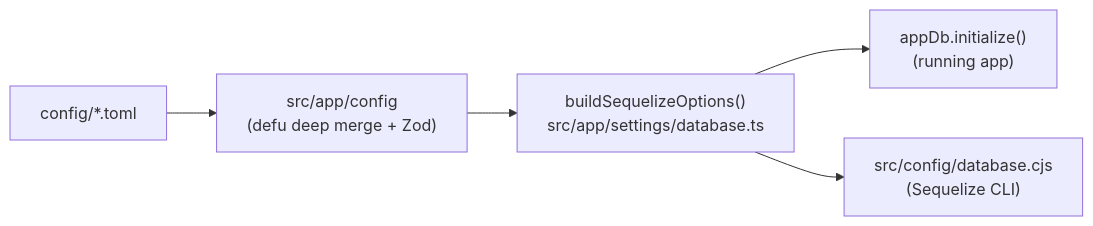
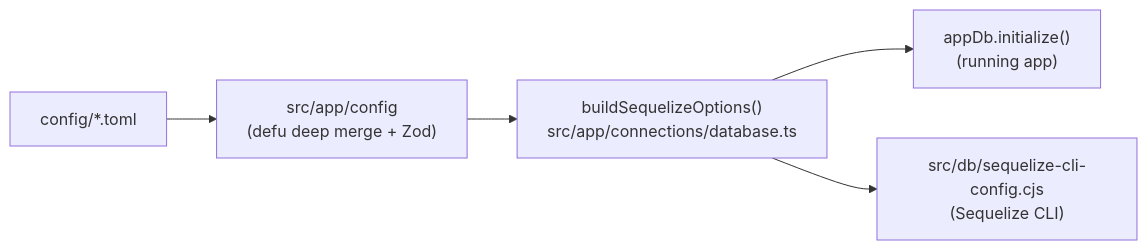
One commit to akarui2004/funny-project-001 changed the diagram in docs/database-config-loader.md. Above: the diagram before and after it, drawn with Mermaid. The commit also changed other lines of this file and 18 other files, not shown here.

First line of the commit message:
Group database code under src/db, rename settings to connections, cleanup, SQL logging (#11)

````diff
--- a/docs/database-config-loader.md
+++ b/docs/database-config-loader.md
@@ -9,7 +9,7 @@
 ```mermaid
 flowchart LR
     TOML["config/*.toml"] --> AppConfig["src/app/config<br/>(defu deep merge + Zod)"]
-    AppConfig --> Builder["buildSequelizeOptions()<br/>src/app/settings/database.ts"]
+    AppConfig --> Builder["buildSequelizeOptions()<br/>src/app/connections/database.ts"]
     Builder --> Runtime["appDb.initialize()<br/>(running app)"]
-    Builder --> CLI["src/config/database.cjs<br/>(Sequelize CLI)"]
+    Builder --> CLI["src/db/sequelize-cli-config.cjs<br/>(Sequelize CLI)"]
 ```
````
